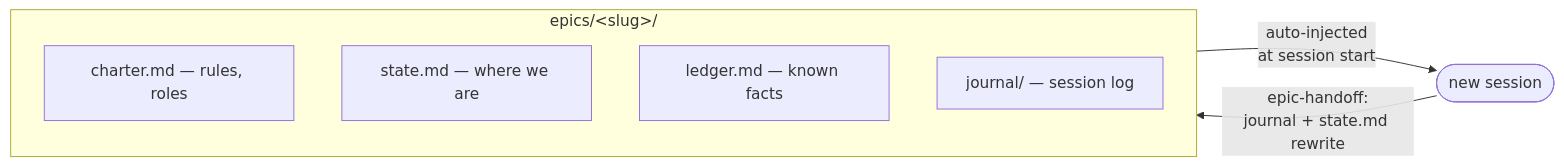
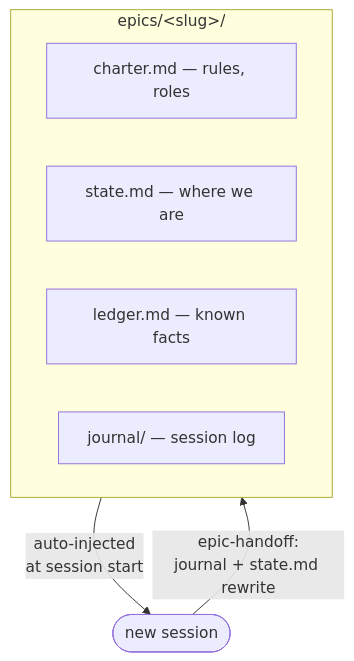
Before and after one commit to den2207/epic-tree: the second of 3 diagrams in README.md, drawn with Mermaid.

Commit message:
docs: After diagram as vertical cycle (subgraph edges override inner direction)

````diff
--- a/README.md
+++ b/README.md
@@ -37,12 +37,11 @@
 ```mermaid
-flowchart LR
+flowchart TD
     subgraph epic ["epics/&lt;slug&gt;/"]
-        direction TB
         C["charter.md — rules, roles"]
         ST["state.md — where we are"]
         L["ledger.md — known facts"]
         J["journal/ — session log"]
     end
     epic -- "auto-injected<br/>at session start" --> S(["new session"])
     S -- "epic-handoff:<br/>journal + state.md rewrite" --> epic
 ```
````
